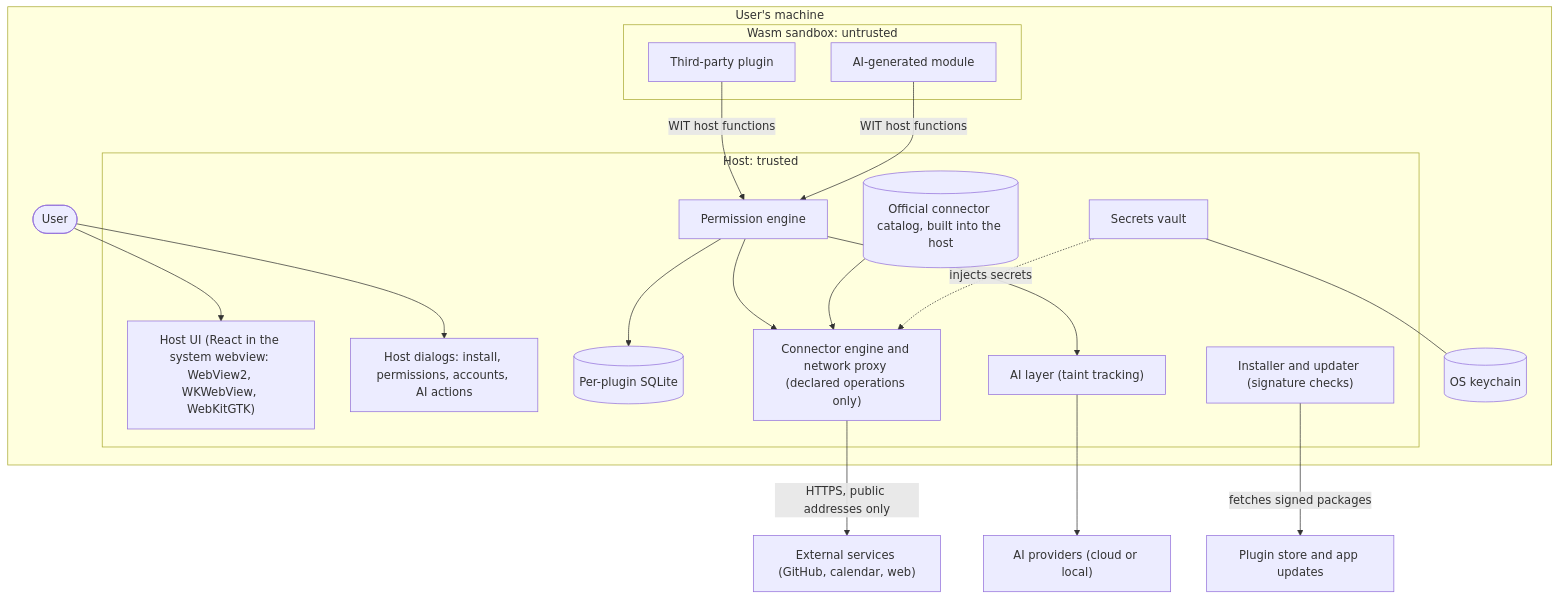
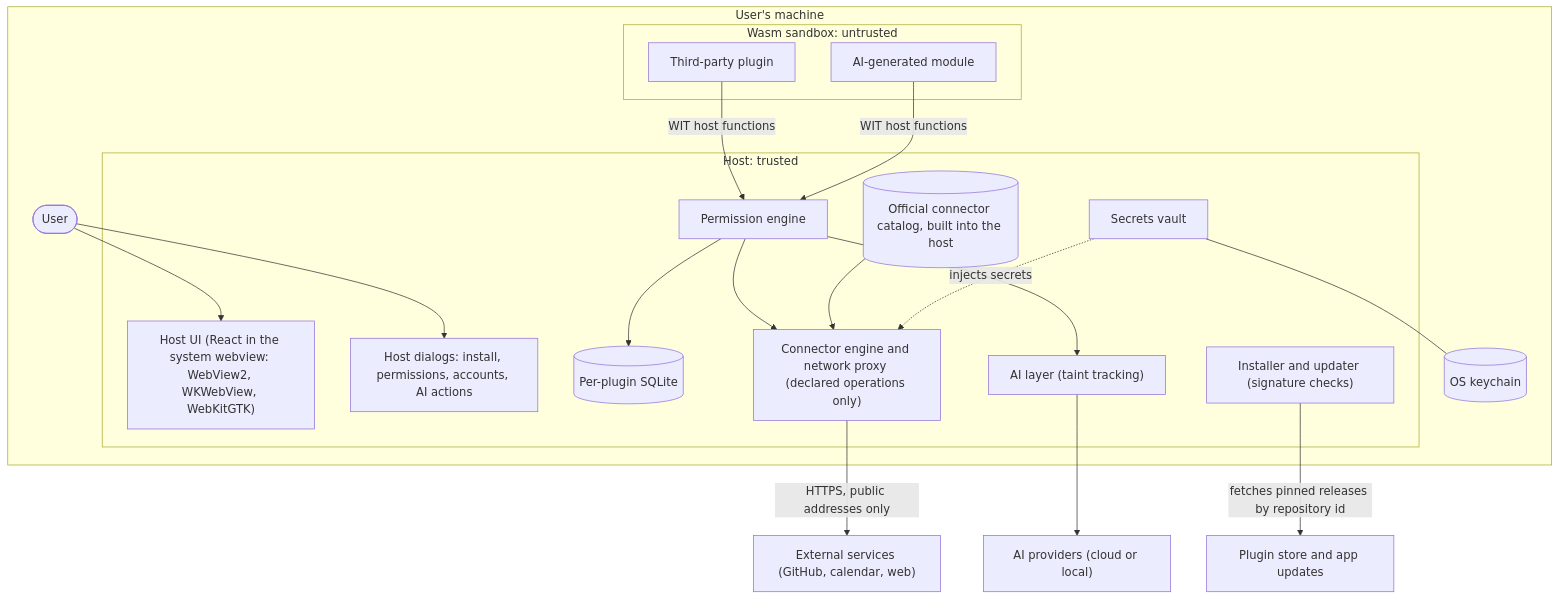
One commit to philipesantos/dashboard changed the diagram in docs/threat-model.md. Above: the diagram before and after it, drawn with Mermaid. The commit also changed other lines of this file and 9 other files, not shown here.

````diff
--- a/docs/threat-model.md
+++ b/docs/threat-model.md
@@ -13,40 +13,40 @@
 ```mermaid
 flowchart TB
     subgraph machine["User's machine"]
         user([User])
         subgraph sandbox["Wasm sandbox: untrusted"]
             plugin["Third-party plugin"]
             generated["AI-generated module"]
         end
         subgraph host["Host: trusted"]
             ui["Host UI (React in the system webview: WebView2, WKWebView, WebKitGTK)"]
             dialogs["Host dialogs: install, permissions, accounts, AI actions"]
             perm["Permission engine"]
             vault["Secrets vault"]
             db[("Per-plugin SQLite")]
             connectors["Connector engine and network proxy (declared operations only)"]
             catalog[("Official connector catalog, built into the host")]
             ailayer["AI layer (taint tracking)"]
             installer["Installer and updater (signature checks)"]
         end
         keychain[("OS keychain")]
     end
 
     ext["External services (GitHub, calendar, web)"]
     llm["AI providers (cloud or local)"]
     dist["Plugin store and app updates"]
 
     user --> ui
     user --> dialogs
     plugin -- "WIT host functions" --> perm
     generated -- "WIT host functions" --> perm
     perm --> db
     perm --> connectors
     perm --> ailayer
     catalog --> connectors
     vault -. "injects secrets" .-> connectors
     vault --- keychain
     connectors -- "HTTPS, public addresses only" --> ext
     ailayer --> llm
-    installer -- "fetches signed packages" --> dist
+    installer -- "fetches pinned releases by repository id" --> dist
 ```
````
